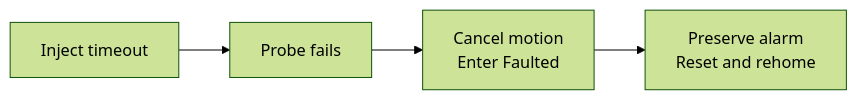
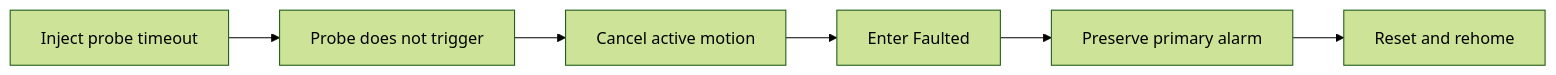
One commit to parthoece/multiaxis-motion-sim changed the first of 3 diagrams in README.md. Above: the diagram before and after it, drawn with Mermaid (forest theme). The commit also changed other lines of this file, not shown here.

````diff
--- a/README.md
+++ b/README.md
@@ -178,9 +136,11 @@
 ```mermaid
 flowchart LR
-    A[Inject timeout]
-    B[Probe fails]
-    C[Cancel motion<br/>Enter Faulted]
-    D[Preserve alarm<br/>Reset and rehome]
+    A[Inject probe timeout]
+    B[Probe does not trigger]
+    C[Cancel active motion]
+    D[Enter Faulted]
+    E[Preserve primary alarm]
+    F[Reset and rehome]
 
-    A --> B --> C --> D
+    A --> B --> C --> D --> E --> F
 ```
````
